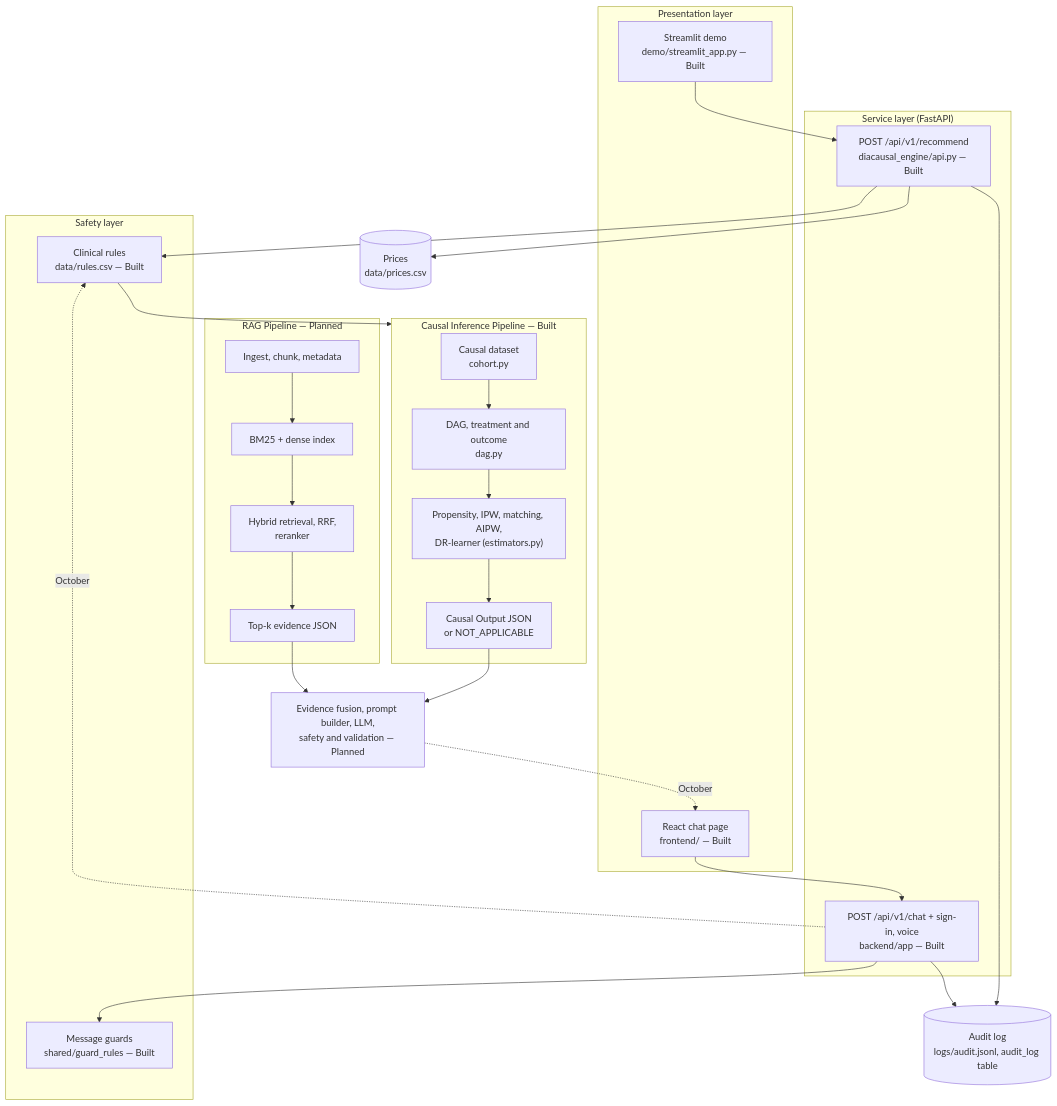
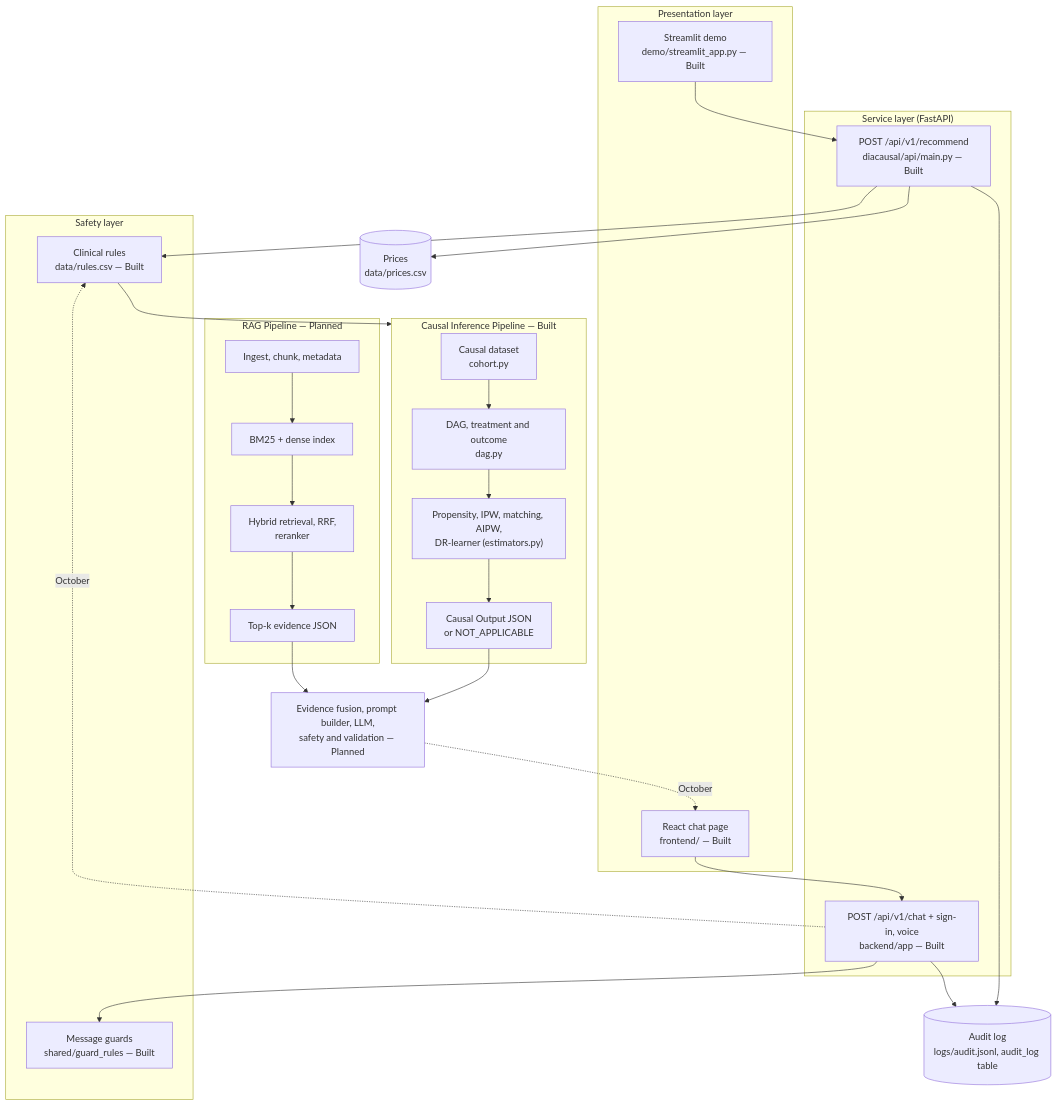
Before and after one commit to Rhian-Roy/DiaCausal-CDSS: the first of 6 diagrams in docs/SYSTEM_DESIGN.md, drawn with Mermaid. The commit also changed other lines of this file and 58 other files, not shown here.

First line of the commit message:
refactor: restructure step 9 — remove the shims and the old diacausal_engine/ and diacausal_rag/ packages (#109)

````diff
--- a/docs/SYSTEM_DESIGN.md
+++ b/docs/SYSTEM_DESIGN.md
@@ -14,39 +14,39 @@
 ```mermaid
 flowchart TB
   subgraph UI["Presentation layer"]
     ST["Streamlit demo<br/>demo/streamlit_app.py — Built"]
     WEB["React chat page<br/>frontend/ — Built"]
   end
   subgraph API["Service layer (FastAPI)"]
-    REC["POST /api/v1/recommend<br/>diacausal_engine/api.py — Built"]
+    REC["POST /api/v1/recommend<br/>diacausal/api/main.py — Built"]
     CHAT["POST /api/v1/chat + sign-in, voice<br/>backend/app — Built"]
   end
   subgraph SAFE["Safety layer"]
     GUARD["Message guards<br/>shared/guard_rules — Built"]
     RULES["Clinical rules<br/>data/rules.csv — Built"]
   end
   subgraph CAUSAL["Causal Inference Pipeline — Built"]
     DS["Causal dataset<br/>cohort.py"] --> DAG["DAG, treatment and outcome<br/>dag.py"]
     DAG --> EST["Propensity, IPW, matching, AIPW,<br/>DR-learner (estimators.py)"]
     EST --> CO["Causal Output JSON<br/>or NOT_APPLICABLE"]
   end
   subgraph RAG["RAG Pipeline — Planned"]
     ING["Ingest, chunk, metadata"] --> IDX["BM25 + dense index"]
     IDX --> RET["Hybrid retrieval, RRF,<br/>reranker"] --> EV["Top-k evidence JSON"]
   end
   FUSE["Evidence fusion, prompt builder, LLM,<br/>safety and validation — Planned"]
   LOG[("Audit log<br/>logs/audit.jsonl, audit_log table")]
   COST[("Prices<br/>data/prices.csv")]
 
   ST --> REC
   WEB --> CHAT
   CHAT --> GUARD
   REC --> RULES --> CAUSAL
   CHAT -. October .-> RULES
   CO --> FUSE
   EV --> FUSE
   REC --> COST
   REC --> LOG
   CHAT --> LOG
   FUSE -. October .-> WEB
 ```
````
